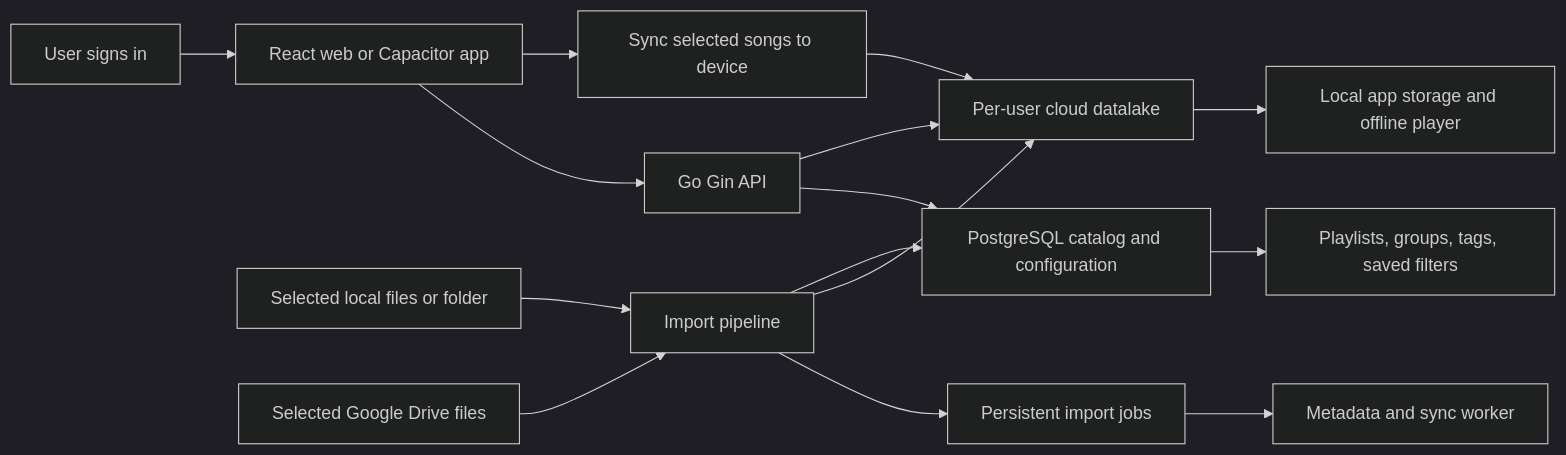
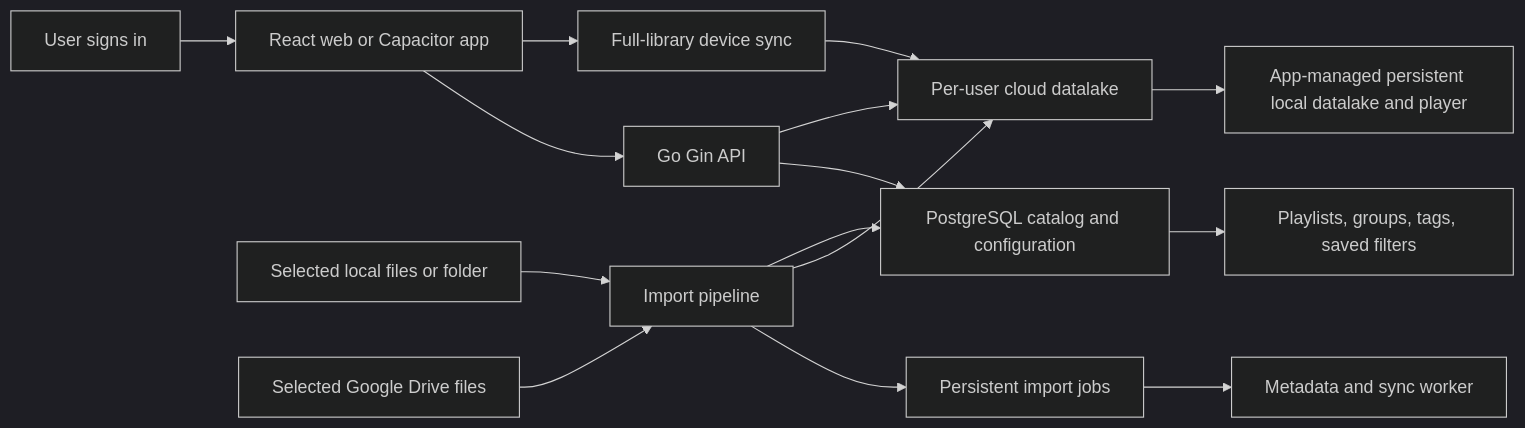
One commit to henriquepaulalima/song-sleeve changed the diagram in docs/implementation-plan.md. Above: the diagram before and after it, drawn with Mermaid (dark theme). The commit also changed other lines of this file and 1 other file, not shown here.

First line of the commit message:
docs(plan): clarify cloud import and local library sync

````diff
--- a/docs/implementation-plan.md
+++ b/docs/implementation-plan.md
@@ -27,17 +29,17 @@
 ```mermaid
 flowchart LR
     User["User signs in"] --> Client["React web or Capacitor app"]
     Client --> API["Go Gin API"]
     API --> PG["PostgreSQL catalog and configuration"]
     API --> Lake["Per-user cloud datalake"]
     Local["Selected local files or folder"] --> Import["Import pipeline"]
     Drive["Selected Google Drive files"] --> Import
     Import --> Jobs["Persistent import jobs"]
     Jobs --> Worker["Metadata and sync worker"]
     Import --> Lake
     Import --> PG
-    Client --> Sync["Sync selected songs to device"]
+    Client --> Sync["Full-library device sync"]
     Sync --> Lake
-    Lake --> Offline["Local app storage and offline player"]
+    Lake --> Offline["App-managed persistent local datalake and player"]
     PG --> Organization["Playlists, groups, tags, saved filters"]
 ```
````
